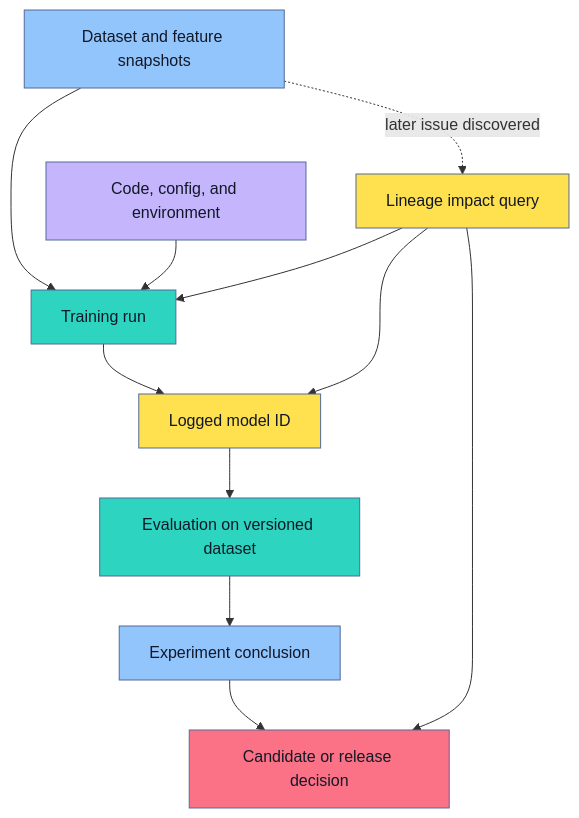
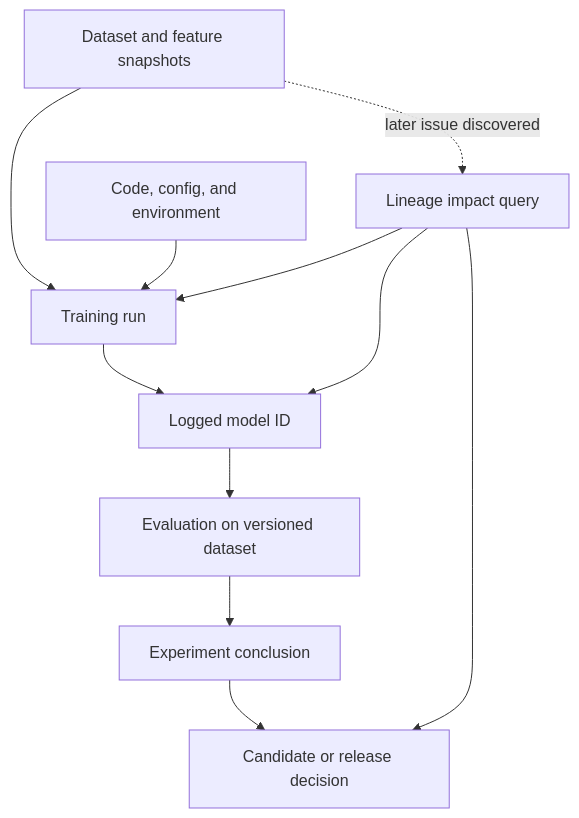
Before and after one commit to senlinyy/dev-roadmaps: the seventh of 9 diagrams in roadmaps/mlops/modules/experiments-and-reproducibility/experiment-tracking/01-reproducible-ml-experiments.md, drawn with Mermaid. The commit also changed other lines of this file and 152 other files, not shown here.

Commit message:
feat: mlops and diagrams updated

````diff
--- a/roadmaps/mlops/modules/experiments-and-reproducibility/experiment-tracking/01-reproducible-ml-experiments.md
+++ b/roadmaps/mlops/modules/experiments-and-reproducibility/experiment-tracking/01-reproducible-ml-experiments.md
@@ -310,22 +310,22 @@
 ```mermaid
 flowchart TD
     A["Dataset and feature snapshots"] --> B["Training run"]
     C["Code, config, and environment"] --> B
     B --> D["Logged model ID"]
     D --> E["Evaluation on versioned dataset"]
     E --> F["Experiment conclusion"]
     F --> G["Candidate or release decision"]
     A -. "later issue discovered" .-> H["Lineage impact query"]
     H --> B
     H --> D
     H --> G
 
-    style A fill:#93C5FD,stroke:#536A9A,color:#111827
-    style B fill:#2DD4BF,stroke:#536A9A,color:#111827
-    style C fill:#C4B5FD,stroke:#536A9A,color:#111827
-    style D fill:#FFE04F,stroke:#536A9A,color:#111827
-    style E fill:#2DD4BF,stroke:#536A9A,color:#111827
-    style F fill:#93C5FD,stroke:#536A9A,color:#111827
-    style G fill:#FB7185,stroke:#536A9A,color:#111827
-    style H fill:#FFE04F,stroke:#536A9A,color:#111827
+    class A dp-mermaid-primary
+    class B dp-mermaid-secondary
+    class C dp-mermaid-tertiary
+    class D dp-mermaid-quaternary
+    class E dp-mermaid-secondary
+    class F dp-mermaid-primary
+    class G dp-mermaid-primary
+    class H dp-mermaid-quaternary
 ```
````
